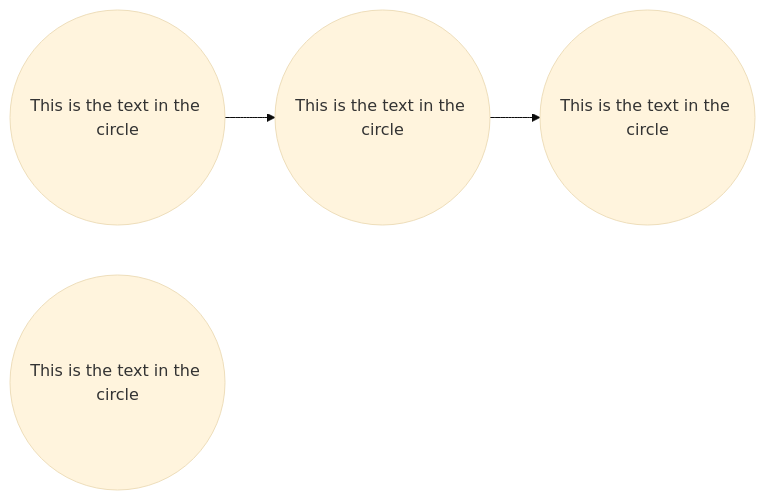
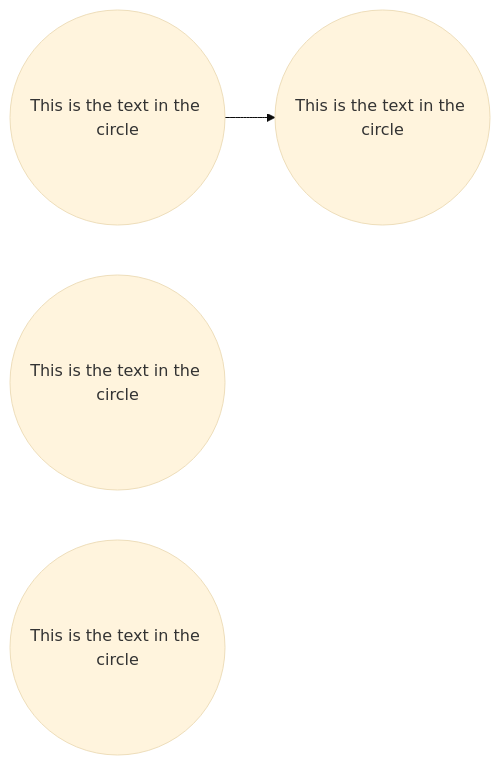
Before and after one commit to gerbssusd/dok: the second of 2 diagrams in slides.md, drawn with Mermaid (base theme).

````diff
--- a/slides.md
+++ b/slides.md
@@ -499,11 +499,11 @@
 ```mermaid {scale: .70}
 
 flowchart LR
     id1((This is the text in the circle)) -->
-    id2((This is the text in the circle)) -->
+    id2((This is the text in the circle))
     id3((This is the text in the circle))
     id4((This is the text in the circle))
 
 
 
 ```
````
